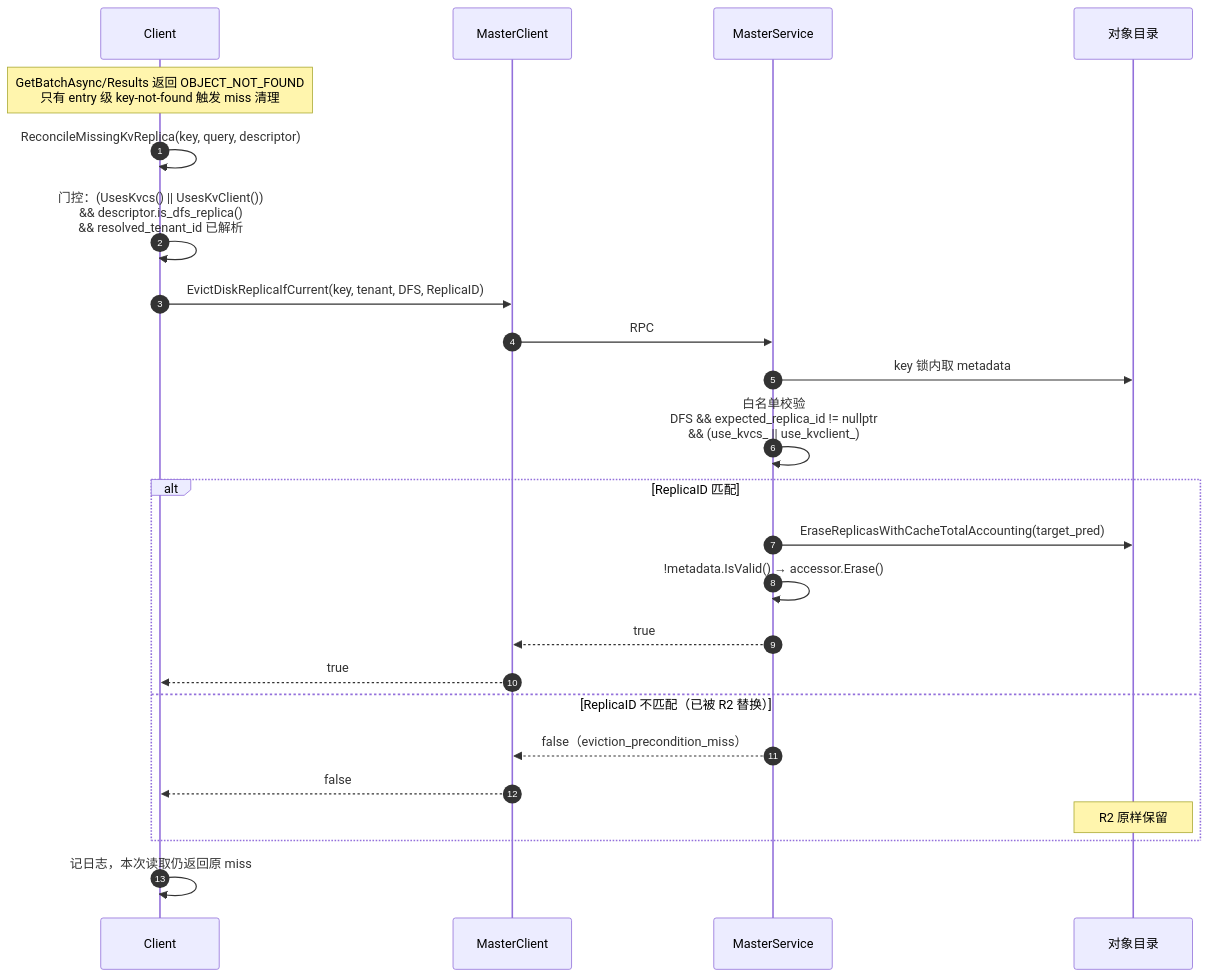
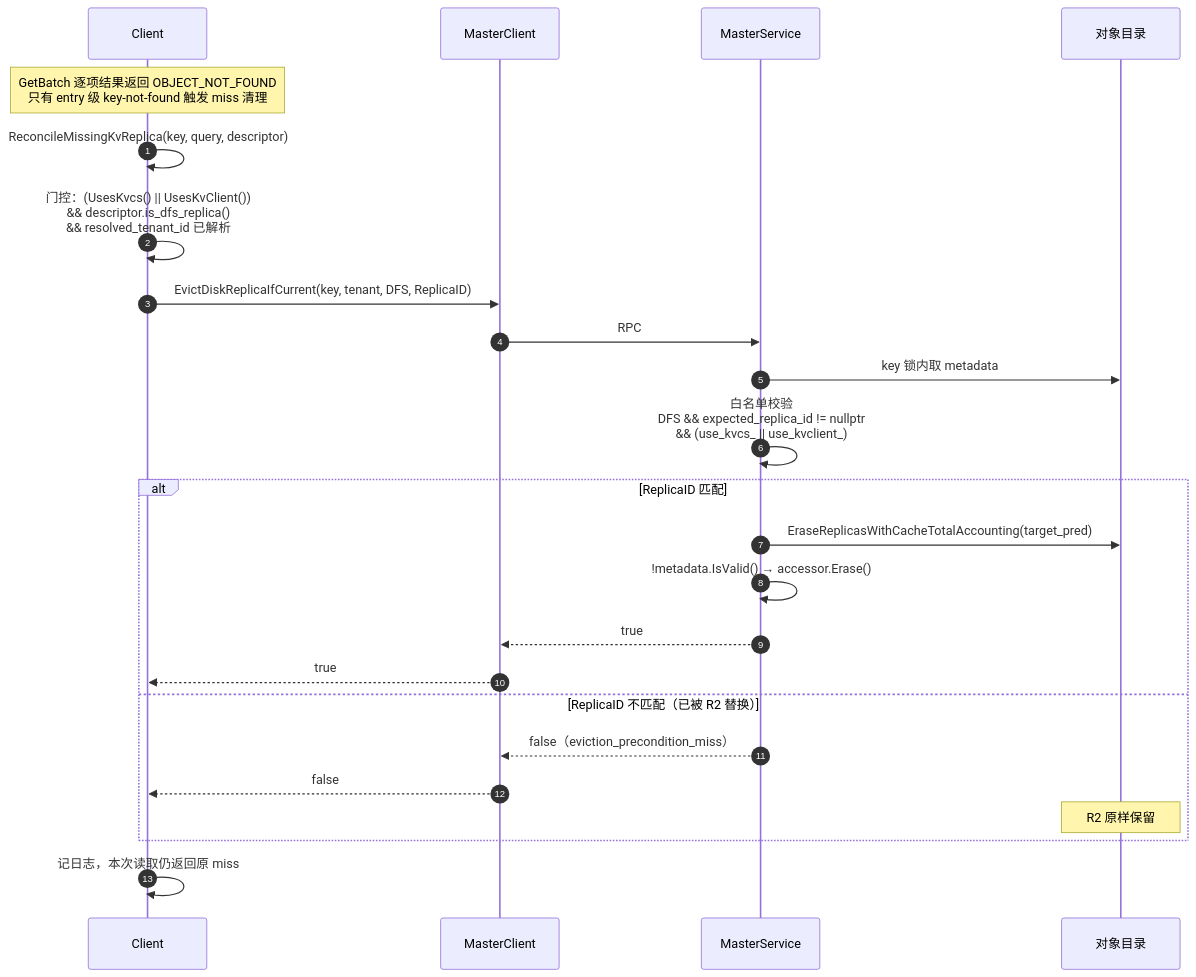
Diagram 12 of 13 in Mooncake + KVClient L3 接入（Kvcs）- v3.md (zwj20000328-dotcom/Mooncake-documents), drawn with Mermaid before and after one commit. The commit also changed other lines of this file and 2 other files, not shown here.

````diff
--- a/Mooncake + KVClient L3 接入（Kvcs）- v3.md
+++ b/Mooncake + KVClient L3 接入（Kvcs）- v3.md
@@ -742,27 +742,27 @@
 ```mermaid
 sequenceDiagram
     autonumber
     participant C as Client
     participant MC as MasterClient
     participant M as MasterService
     participant META as 对象目录
 
-    Note over C: GetBatchAsync/Results 返回 OBJECT_NOT_FOUND<br/>只有 entry 级 key-not-found 触发 miss 清理
+    Note over C: GetBatch 逐项结果返回 OBJECT_NOT_FOUND<br/>只有 entry 级 key-not-found 触发 miss 清理
     C->>C: ReconcileMissingKvReplica(key, query, descriptor)
     C->>C: 门控：(UsesKvcs() || UsesKvClient())<br/>&& descriptor.is_dfs_replica()<br/>&& resolved_tenant_id 已解析
     C->>MC: EvictDiskReplicaIfCurrent(key, tenant, DFS, ReplicaID)
     MC->>M: RPC
     M->>META: key 锁内取 metadata
     M->>M: 白名单校验<br/>DFS && expected_replica_id != nullptr<br/>&& (use_kvcs_ || use_kvclient_)
     alt ReplicaID 匹配
         M->>META: EraseReplicasWithCacheTotalAccounting(target_pred)
         M->>M: !metadata.IsValid() → accessor.Erase()
         M-->>MC: true
         MC-->>C: true
     else ReplicaID 不匹配（已被 R2 替换）
         M-->>MC: false（eviction_precondition_miss）
         MC-->>C: false
         Note over META: R2 原样保留
     end
     C->>C: 记日志，本次读取仍返回原 miss
 ```
````
